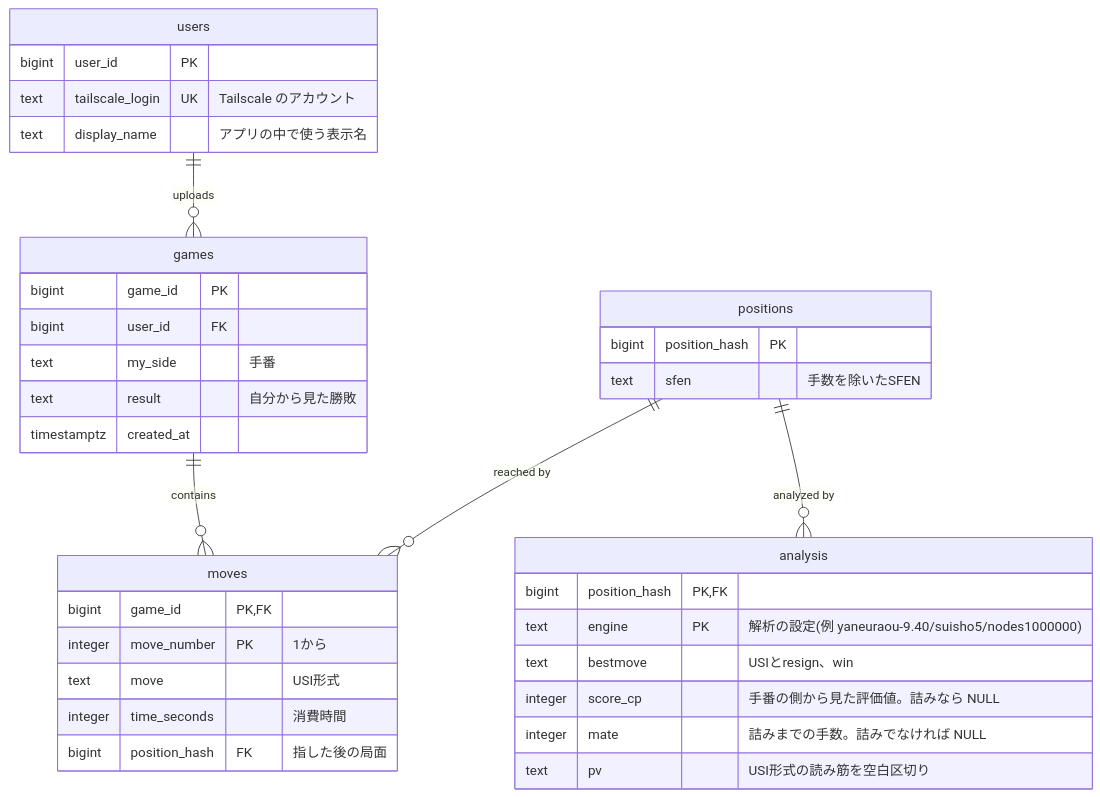
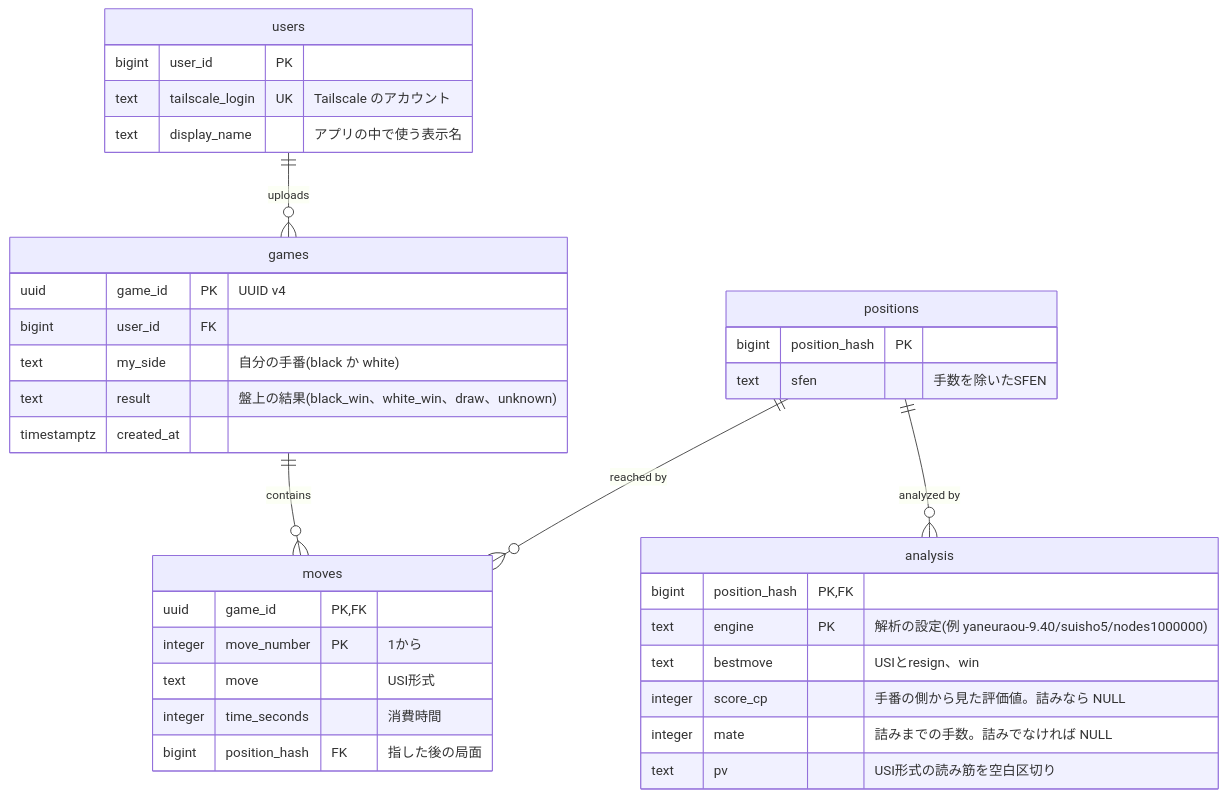
Before and after one commit to Said-Ay/shogi-kif-search: the diagram in design/er.md, drawn with Mermaid. The commit also changed other lines of this file, not shown here.

Commit message:
ER図の対局IDをUUIDにし、結果を盤上の結果にする

````diff
--- a/design/er.md
+++ b/design/er.md
@@ -3,39 +3,39 @@
 ```mermaid
 erDiagram
     users ||--o{ games : uploads
     games ||--o{ moves : contains
     positions ||--o{ moves : "reached by"
     positions ||--o{ analysis : "analyzed by"
 
 users{
     bigint user_id PK
     text tailscale_login UK "Tailscale のアカウント"
     text display_name "アプリの中で使う表示名"
 }
 games{
-    bigint game_id PK
+    uuid game_id PK "UUID v4"
     bigint user_id FK
-    text my_side "手番"
-    text result "自分から見た勝敗"
+    text my_side "自分の手番(black か white)"
+    text result "盤上の結果(black_win、white_win、draw、unknown)"
     timestamptz created_at
 }
 moves{
-    bigint game_id PK, FK
+    uuid game_id PK, FK
     integer move_number PK "1から"
     text move "USI形式"
     integer time_seconds "消費時間"
     bigint position_hash FK "指した後の局面"
 }
 positions{
     bigint position_hash PK
     text sfen "手数を除いたSFEN"
 }
 analysis{
     bigint position_hash PK, FK
     text engine PK "解析の設定(例 yaneuraou-9.40/suisho5/nodes1000000)"
     text bestmove "USIとresign、win"
     integer score_cp "手番の側から見た評価値。詰みなら NULL"
     integer mate "詰みまでの手数。詰みでなければ NULL"
     text pv "USI形式の読み筋を空白区切り"
 }
 ```
````
